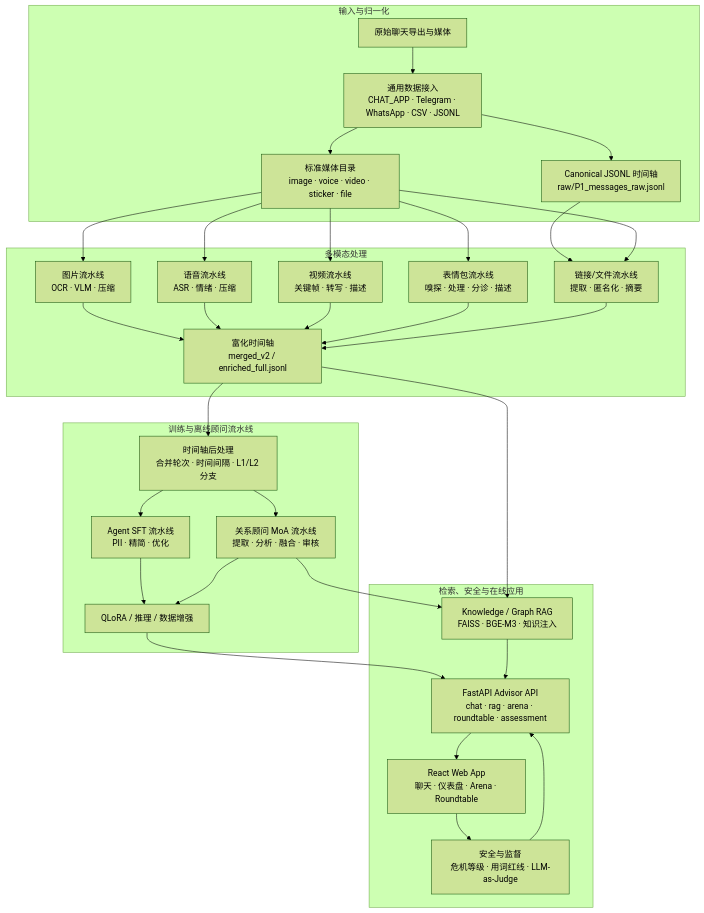
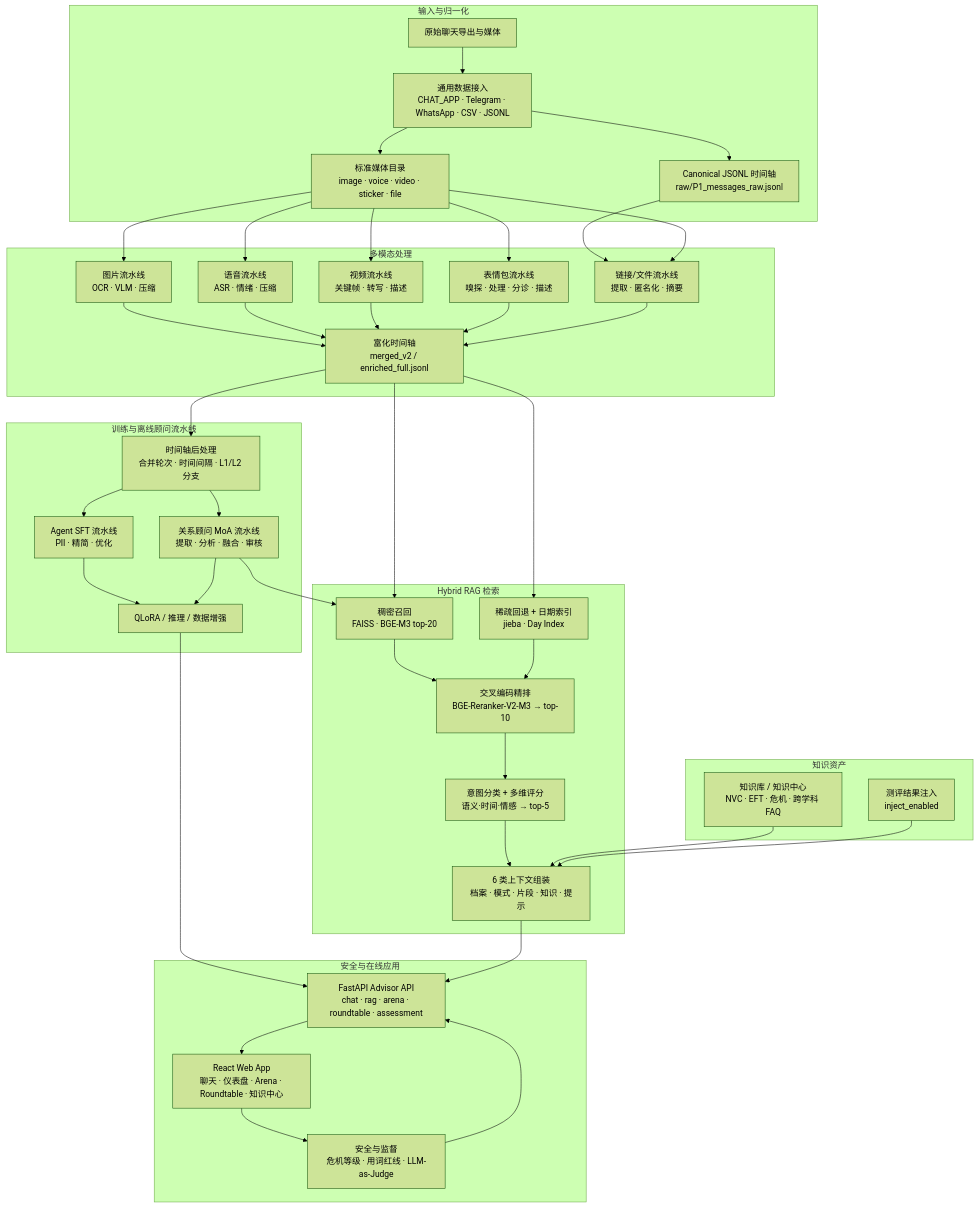
The diagram in README_CN.md (fortitudelucifer/Lens_opensource), drawn with Mermaid (forest theme) before and after one commit. The commit also changed other lines of this file and 33 other files, not shown here.

````diff
--- a/README_CN.md
+++ b/README_CN.md
@@ -67,59 +69,78 @@
 ```mermaid
 graph TB
     subgraph "输入与归一化"
         A[原始聊天导出与媒体]
         B[通用数据接入<br/>CHAT_APP · Telegram · WhatsApp · CSV · JSONL]
         C[Canonical JSONL 时间轴<br/>raw/P1_messages_raw.jsonl]
         D[标准媒体目录<br/>image · voice · video · sticker · file]
     end
 
     subgraph "多模态处理"
         E1[图片流水线<br/>OCR · VLM · 压缩]
         E2[语音流水线<br/>ASR · 情绪 · 压缩]
         E3[视频流水线<br/>关键帧 · 转写 · 描述]
         E4[表情包流水线<br/>嗅探 · 处理 · 分诊 · 描述]
         E5[链接/文件流水线<br/>提取 · 匿名化 · 摘要]
         F[富化时间轴<br/>merged_v2 / enriched_full.jsonl]
     end
 
     subgraph "训练与离线顾问流水线"
         G[时间轴后处理<br/>合并轮次 · 时间间隔 · L1/L2 分支]
         H[Agent SFT 流水线<br/>PII · 精简 · 优化]
         I[关系顾问 MoA 流水线<br/>提取 · 分析 · 融合 · 审核]
         J[QLoRA / 推理 / 数据增强]
     end
 
-    subgraph "检索、安全与在线应用"
-        K[Knowledge / Graph RAG<br/>FAISS · BGE-M3 · 知识注入]
+    subgraph "知识资产"
+        KB[知识库 / 知识中心<br/>NVC · EFT · 危机 · 跨学科 FAQ]
+        AS[测评结果注入<br/>inject_enabled]
+    end
+
+    subgraph "Hybrid RAG 检索"
+        K1[稠密召回<br/>FAISS · BGE-M3 top-20]
+        K2[稀疏回退 + 日期索引<br/>jieba · Day Index]
+        K3[交叉编码精排<br/>BGE-Reranker-V2-M3 → top-10]
+        K4[意图分类 + 多维评分<br/>语义·时间·情感 → top-5]
+        K5[6 类上下文组装<br/>档案 · 模式 · 片段 · 知识 · 提示]
+    end
+
+    subgraph "安全与在线应用"
         L[安全与监督<br/>危机等级 · 用词红线 · LLM-as-Judge]
         M[FastAPI Advisor API<br/>chat · rag · arena · roundtable · assessment]
-        N[React Web App<br/>聊天 · 仪表盘 · Arena · Roundtable]
+        N[React Web App<br/>聊天 · 仪表盘 · Arena · Roundtable · 知识中心]
     end
 
     A --> B
     B --> C
     B --> D
     C --> E5
     D --> E1
     D --> E2
     D --> E3
     D --> E4
     D --> E5
     E1 --> F
     E2 --> F
     E3 --> F
     E4 --> F
     E5 --> F
     F --> G
     G --> H
     G --> I
     H --> J
     I --> J
-    F --> K
-    I --> K
+    F --> K1
+    F --> K2
+    I --> K1
+    K1 --> K3
+    K2 --> K3
+    K3 --> K4
+    K4 --> K5
+    KB --> K5
+    AS --> K5
     J --> M
-    K --> M
+    K5 --> M
     L --> M
     M --> N
     N --> L
 ```
````
